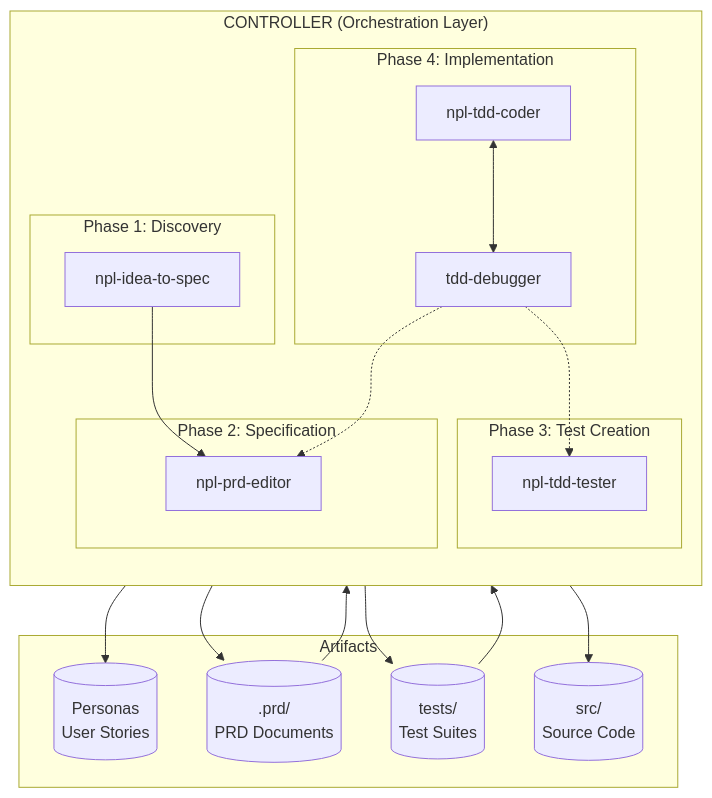
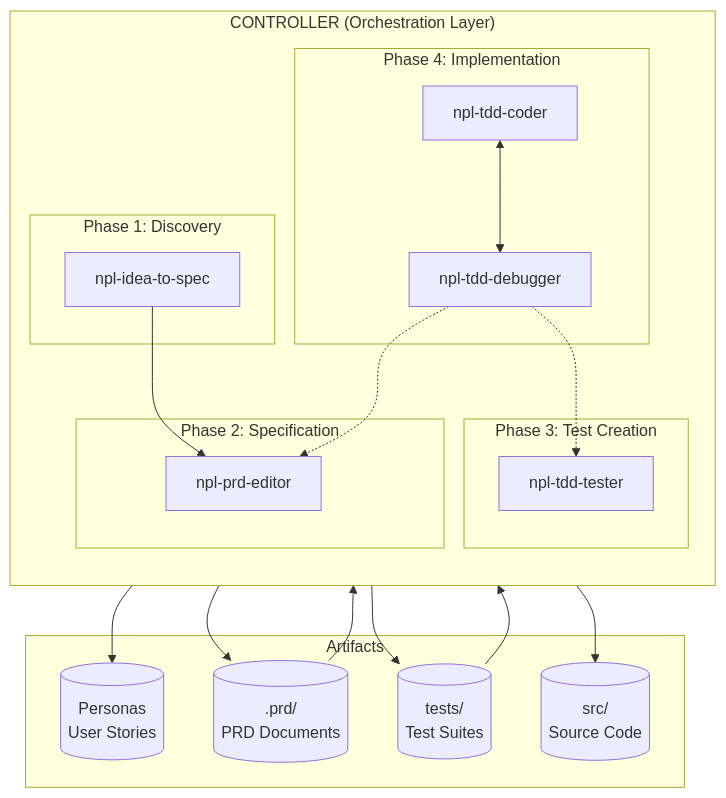
The first of 3 diagrams in docs/arch/agent-orchestration.md (noizu-labs-ml/NoizuPromptLingo), drawn with Mermaid before and after one commit. The commit also changed other lines of this file and 13 other files, not shown here.

````diff
--- a/docs/arch/agent-orchestration.md
+++ b/docs/arch/agent-orchestration.md
@@ -12,41 +12,41 @@
 ```mermaid
 flowchart TB
     subgraph Controller ["CONTROLLER (Orchestration Layer)"]
         direction TB
         
         subgraph Discovery ["Phase 1: Discovery"]
             ITS[npl-idea-to-spec]
         end
         
         subgraph Specification ["Phase 2: Specification"]
             PRD[npl-prd-editor]
         end
         
         subgraph Testing ["Phase 3: Test Creation"]
             TDD[npl-tdd-tester]
         end
         
         subgraph Implementation ["Phase 4: Implementation"]
             CODER[npl-tdd-coder]
-            DBG[tdd-debugger]
+            DBG[npl-tdd-debugger]
         end
     end
     
     subgraph Artifacts
         PERS[(Personas<br/>User Stories)]
         PRDDOC[(.prd/<br/>PRD Documents)]
         TESTS[(tests/<br/>Test Suites)]
         SRC[(src/<br/>Source Code)]
     end
     
     ITS --> PERS
     ITS --> PRD
     PRD --> PRDDOC
     PRDDOC --> TDD
     TDD --> TESTS
     TESTS --> CODER
     CODER --> SRC
     CODER <--> DBG
     DBG -.-> TDD
     DBG -.-> PRD
 ```
````
